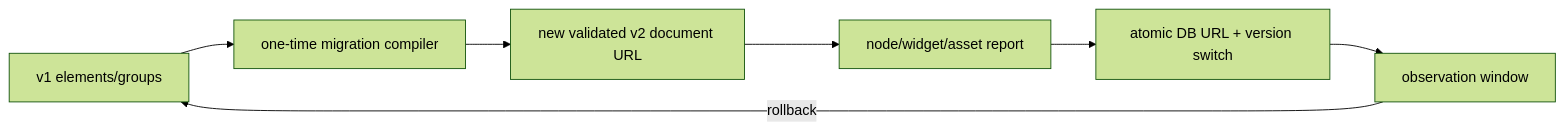
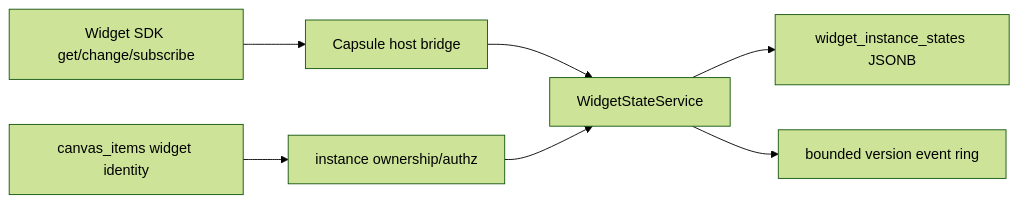
The diagram in tasks/a/A91.md (omnidraw/omnidraw), drawn with Mermaid (forest theme) before and after one commit. The commit also changed other lines of this file and 10 other files, not shown here.

````diff
--- a/tasks/a/A91.md
+++ b/tasks/a/A91.md
@@ -19,9 +32,9 @@
 ```mermaid
 flowchart LR
-  V1["v1 elements/groups"] --> Compiler["one-time migration compiler"]
-  Compiler --> V2["new validated v2 document URL"]
-  V2 --> Compare["node/widget/asset report"]
-  Compare --> Switch["atomic DB URL + version switch"]
-  Switch --> Observe["observation window"]
-  Observe -->|rollback| V1
+  Guest["Widget SDK get/change/subscribe"] --> Host["Capsule host bridge"]
+  Host --> Service["WidgetStateService"]
+  Service --> DB["widget_instance_states JSONB"]
+  Service --> Events["bounded version event ring"]
+  Items["canvas_items widget identity"] --> Auth["instance ownership/authz"]
+  Auth --> Service
 ```
````
